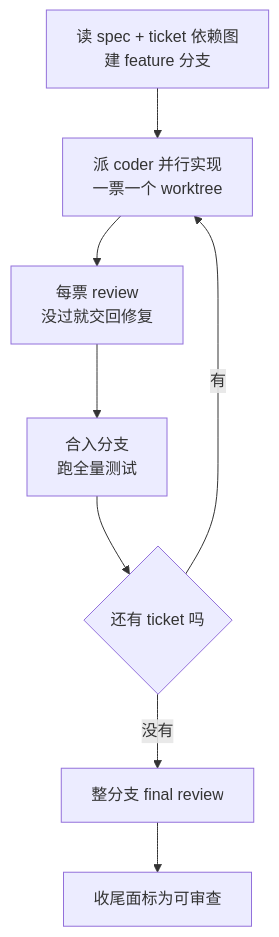
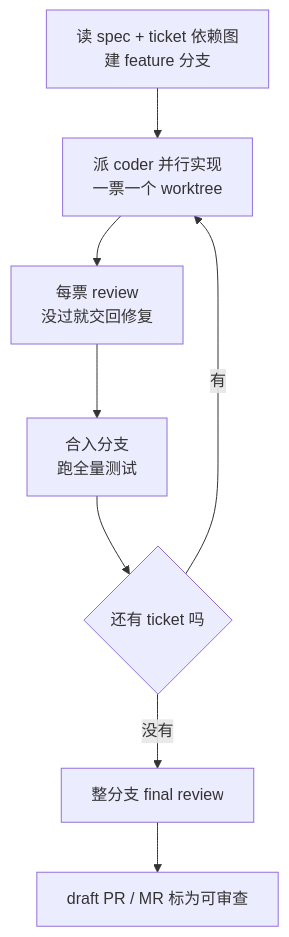
One commit to toomanyopenfiles/pi-matt-implement-flow changed the diagram in README.zh-CN.md. Above: the diagram before and after it, drawn with Mermaid. The commit also changed other lines of this file and 5 other files, not shown here.

````diff
--- a/README.zh-CN.md
+++ b/README.zh-CN.md
@@ -104,10 +111,10 @@
 ```mermaid
 flowchart TD
     A["读 spec + ticket 依赖图<br>建 feature 分支"] --> B["派 coder 并行实现<br>一票一个 worktree"]
     B --> C["每票 review<br>没过就交回修复"]
     C --> D["合入分支<br>跑全量测试"]
     D --> E{"还有 ticket 吗"}
     E -- 有 --> B
     E -- 没有 --> F["整分支 final review"]
-    F --> G["收尾面标为可审查"]
+    F --> G["draft PR / MR 标为可审查"]
 ```
````
